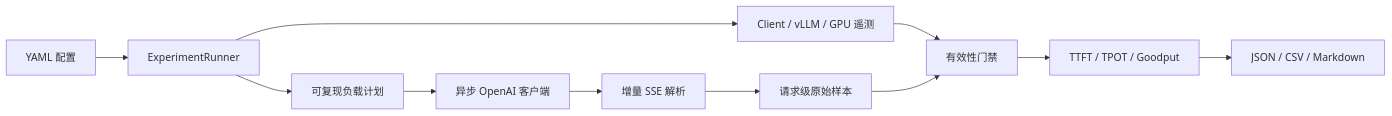
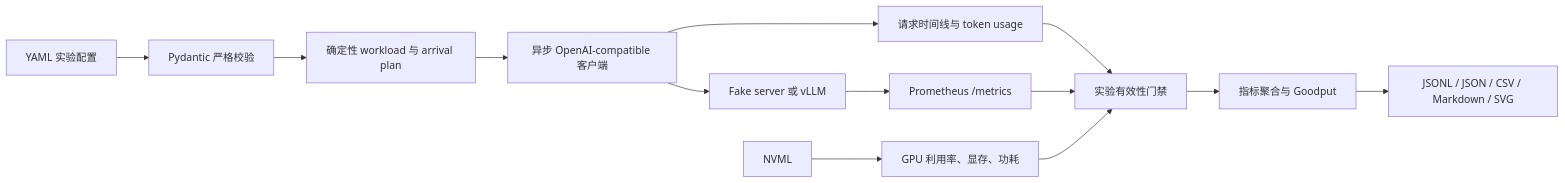
Before and after one commit to zhengwenze/ai-infra-demo: the diagram in README.md, drawn with Mermaid. The commit also changed other lines of this file, not shown here.

````diff
--- a/README.md
+++ b/README.md
@@ -23,13 +97,15 @@
 ```mermaid
 flowchart LR
-    A["YAML 配置"] --> B["ExperimentRunner"]
-    B --> C["可复现负载计划"]
-    C --> D["异步 OpenAI 客户端"]
-    D --> E["增量 SSE 解析"]
-    B --> F["Client / vLLM / GPU 遥测"]
-    E --> G["请求级原始样本"]
-    F --> H["有效性门禁"]
-    G --> H
-    H --> I["TTFT / TPOT / Goodput"]
-    I --> J["JSON / CSV / Markdown"]
+    A["YAML 实验配置"] --> B["Pydantic 严格校验"]
+    B --> C["确定性 workload 与 arrival plan"]
+    C --> D["异步 OpenAI-compatible 客户端"]
+    D --> E["Fake server 或 vLLM"]
+    D --> F["请求时间线与 token usage"]
+    E --> G["Prometheus /metrics"]
+    H["NVML"] --> I["GPU 利用率、显存、功耗"]
+    F --> J["实验有效性门禁"]
+    G --> J
+    I --> J
+    J --> K["指标聚合与 Goodput"]
+    K --> L["JSONL / JSON / CSV / Markdown / SVG"]
 ```
````
